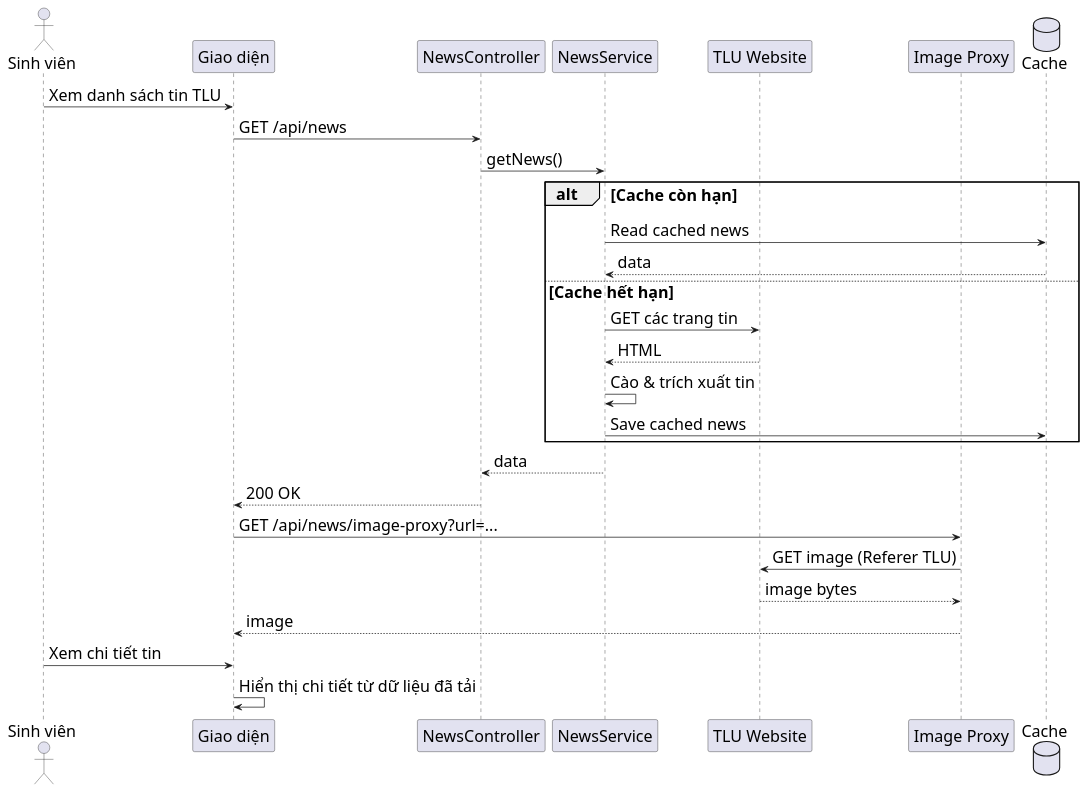
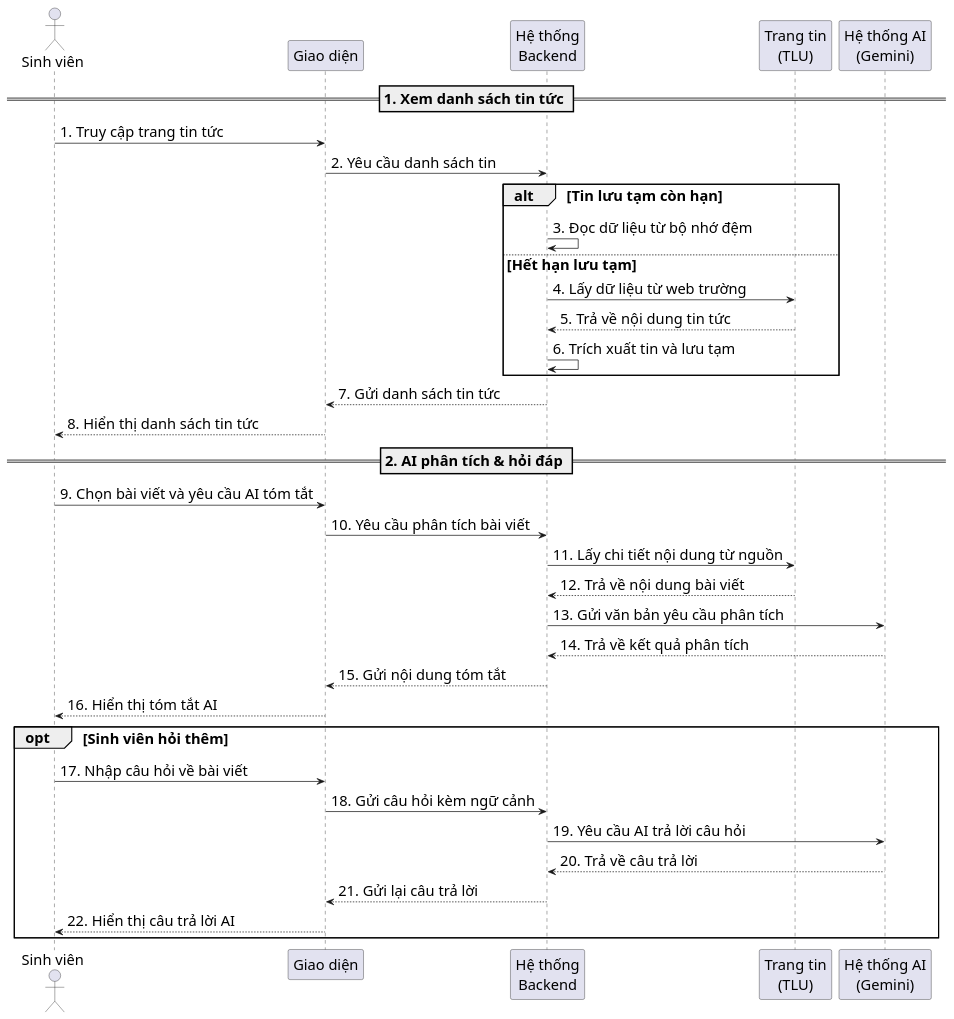
The diagram in diagrams/nhomsinhvien/student_news_sequence.puml (s0nbuildtech287/dormitory-frontend), drawn with PlantUML before and after one commit. The commit also changed 23 other files, not shown here.

```diff
--- a/diagrams/nhomsinhvien/student_news_sequence.puml
+++ b/diagrams/nhomsinhvien/student_news_sequence.puml
@@ -1,35 +1,43 @@
 @startuml "Student News Sequence"
-skinparam defaultFontSize 22
+skinparam defaultFontSize 20
 skinparam defaultFontName "Times New Roman"
-skinparam sequenceMessageSize 22
+skinparam sequenceMessageSize 20
+
 actor "Sinh viên" as Student
 participant "Giao diện" as FE
-participant "NewsController" as NC
-participant "NewsService" as NS
-participant "TLU Website" as TLU
-participant "Image Proxy" as Proxy
-database "Cache" as Cache
+participant "Hệ thống\nBackend" as BE
+participant "Trang tin\n(TLU)" as TLU
+participant "Hệ thống AI\n(Gemini)" as Gemini
 
-Student -> FE: Xem danh sách tin TLU
-FE -> NC: GET /api/news
-NC -> NS: getNews()
-alt Cache còn hạn
-	NS -> Cache: Read cached news
-	Cache --> NS: data
-else Cache hết hạn
-	NS -> TLU: GET các trang tin
-	TLU --> NS: HTML
-	NS -> NS: Cào & trích xuất tin
-	NS -> Cache: Save cached news
+== 1. Xem danh sách tin tức ==
+Student -> FE: 1. Truy cập trang tin tức
+FE -> BE: 2. Yêu cầu danh sách tin
+alt Tin lưu tạm còn hạn
+  BE -> BE: 3. Đọc dữ liệu từ bộ nhớ đệm
+else Hết hạn lưu tạm
+  BE -> TLU: 4. Lấy dữ liệu từ web trường
+  TLU --> BE: 5. Trả về nội dung tin tức
+  BE -> BE: 6. Trích xuất tin và lưu tạm
 end
-NS --> NC: data
-NC --> FE: 200 OK
+BE --> FE: 7. Gửi danh sách tin tức
+FE --> Student: 8. Hiển thị danh sách tin tức
 
-FE -> Proxy: GET /api/news/image-proxy?url=...
-Proxy -> TLU: GET image (Referer TLU)
-TLU --> Proxy: image bytes
-Proxy --> FE: image
+== 2. AI phân tích & hỏi đáp ==
+Student -> FE: 9. Chọn bài viết và yêu cầu AI tóm tắt
+FE -> BE: 10. Yêu cầu phân tích bài viết
+BE -> TLU: 11. Lấy chi tiết nội dung từ nguồn
+TLU --> BE: 12. Trả về nội dung bài viết
+BE -> Gemini: 13. Gửi văn bản yêu cầu phân tích
+Gemini --> BE: 14. Trả về kết quả phân tích
+BE --> FE: 15. Gửi nội dung tóm tắt
+FE --> Student: 16. Hiển thị tóm tắt AI
 
-Student -> FE: Xem chi tiết tin
-FE -> FE: Hiển thị chi tiết từ dữ liệu đã tải
+opt Sinh viên hỏi thêm
+  Student -> FE: 17. Nhập câu hỏi về bài viết
+  FE -> BE: 18. Gửi câu hỏi kèm ngữ cảnh
+  BE -> Gemini: 19. Yêu cầu AI trả lời câu hỏi
+  Gemini --> BE: 20. Trả về câu trả lời
+  BE --> FE: 21. Gửi lại câu trả lời
+  FE --> Student: 22. Hiển thị câu trả lời AI
+end
 @enduml
```
